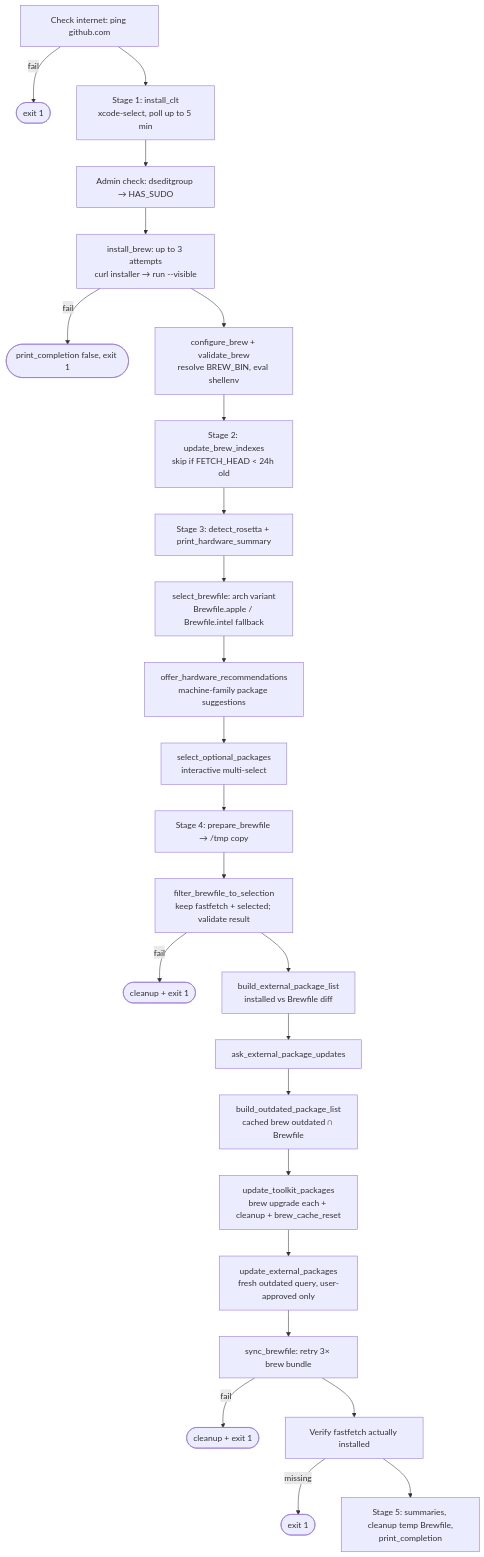
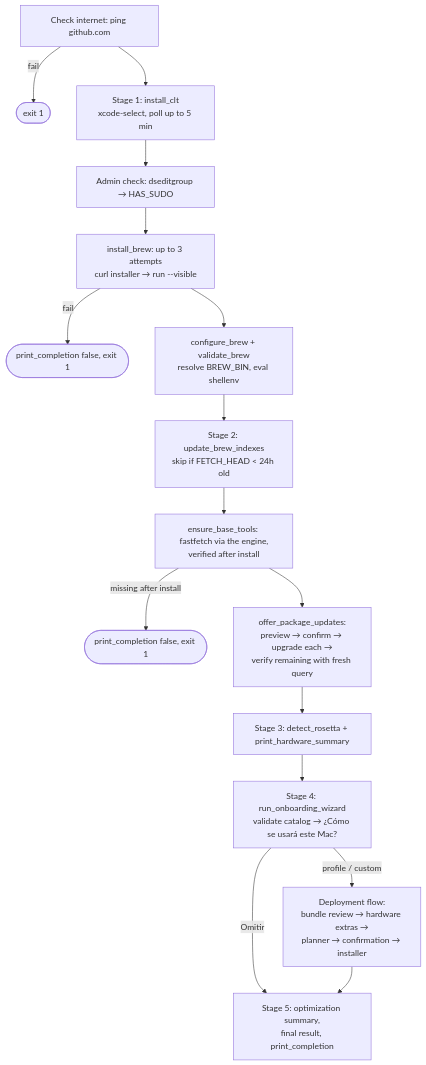
The second of 4 diagrams in docs/Execution-Flow.md (JorgeSucre/jb-ToolKit), drawn with Mermaid before and after one commit. The commit also changed other lines of this file and 11 other files, not shown here.

First line of the commit message:
Turn Bootstrap into an onboarding wizard over the Deployment library

````diff
--- a/docs/Execution-Flow.md
+++ b/docs/Execution-Flow.md
@@ -41,27 +43,18 @@
 ```mermaid
 flowchart TD
     A[Check internet: ping github.com] -->|fail| ABORT1([exit 1])
     A --> B[Stage 1: install_clt<br/>xcode-select, poll up to 5 min]
     B --> C[Admin check: dseditgroup → HAS_SUDO]
     C --> D[install_brew: up to 3 attempts<br/>curl installer → run --visible]
     D -->|fail| ABORT2([print_completion false, exit 1])
     D --> E[configure_brew + validate_brew<br/>resolve BREW_BIN, eval shellenv]
     E --> F[Stage 2: update_brew_indexes<br/>skip if FETCH_HEAD < 24h old]
-    F --> G[Stage 3: detect_rosetta + print_hardware_summary]
-    G --> H[select_brewfile: arch variant<br/>Brewfile.apple / Brewfile.intel fallback]
-    H --> I[offer_hardware_recommendations<br/>machine-family package suggestions]
-    I --> J[select_optional_packages<br/>interactive multi-select]
-    J --> K[Stage 4: prepare_brewfile → /tmp copy]
-    K --> L[filter_brewfile_to_selection<br/>keep fastfetch + selected; validate result]
-    L -->|fail| ABORT3([cleanup + exit 1])
-    L --> M[build_external_package_list<br/>installed vs Brewfile diff]
-    M --> N[ask_external_package_updates]
-    N --> O[build_outdated_package_list<br/>cached brew outdated ∩ Brewfile]
-    O --> P[update_toolkit_packages<br/>brew upgrade each + cleanup + brew_cache_reset]
-    P --> Q[update_external_packages<br/>fresh outdated query, user-approved only]
-    Q --> R[sync_brewfile: retry 3× brew bundle]
-    R -->|fail| ABORT4([cleanup + exit 1])
-    R --> S[Verify fastfetch actually installed]
-    S -->|missing| ABORT5([exit 1])
-    S --> T[Stage 5: summaries, cleanup temp Brewfile,<br/>print_completion]
+    F --> G[ensure_base_tools: fastfetch via the engine,<br/>verified after install]
+    G -->|missing after install| ABORT3([print_completion false, exit 1])
+    G --> H[offer_package_updates:<br/>preview → confirm → upgrade each →<br/>verify remaining with fresh query]
+    H --> I[Stage 3: detect_rosetta + print_hardware_summary]
+    I --> J[Stage 4: run_onboarding_wizard<br/>validate catalog → ¿Cómo se usará este Mac?]
+    J -->|Omitir| K
+    J -->|profile / custom| DEP[Deployment flow:<br/>bundle review → hardware extras →<br/>planner → confirmation → installer]
+    DEP --> K[Stage 5: optimization summary,<br/>final result, print_completion]
 ```
````
